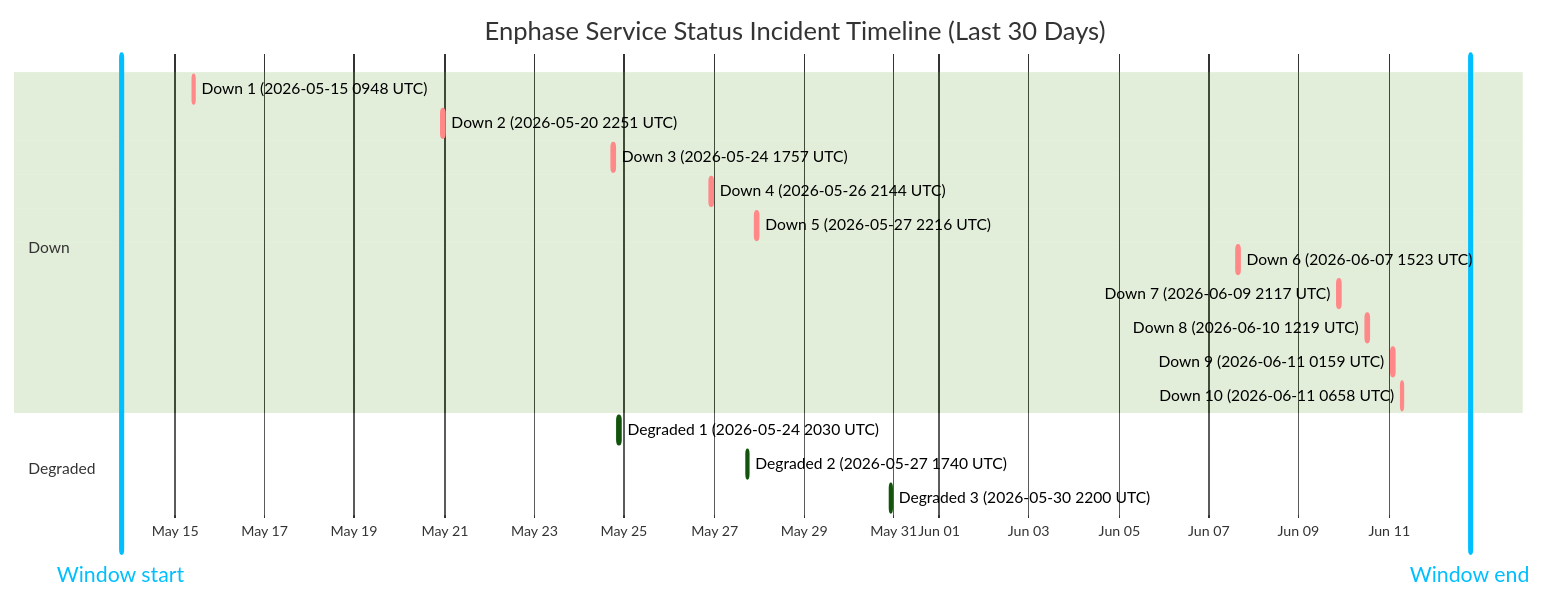
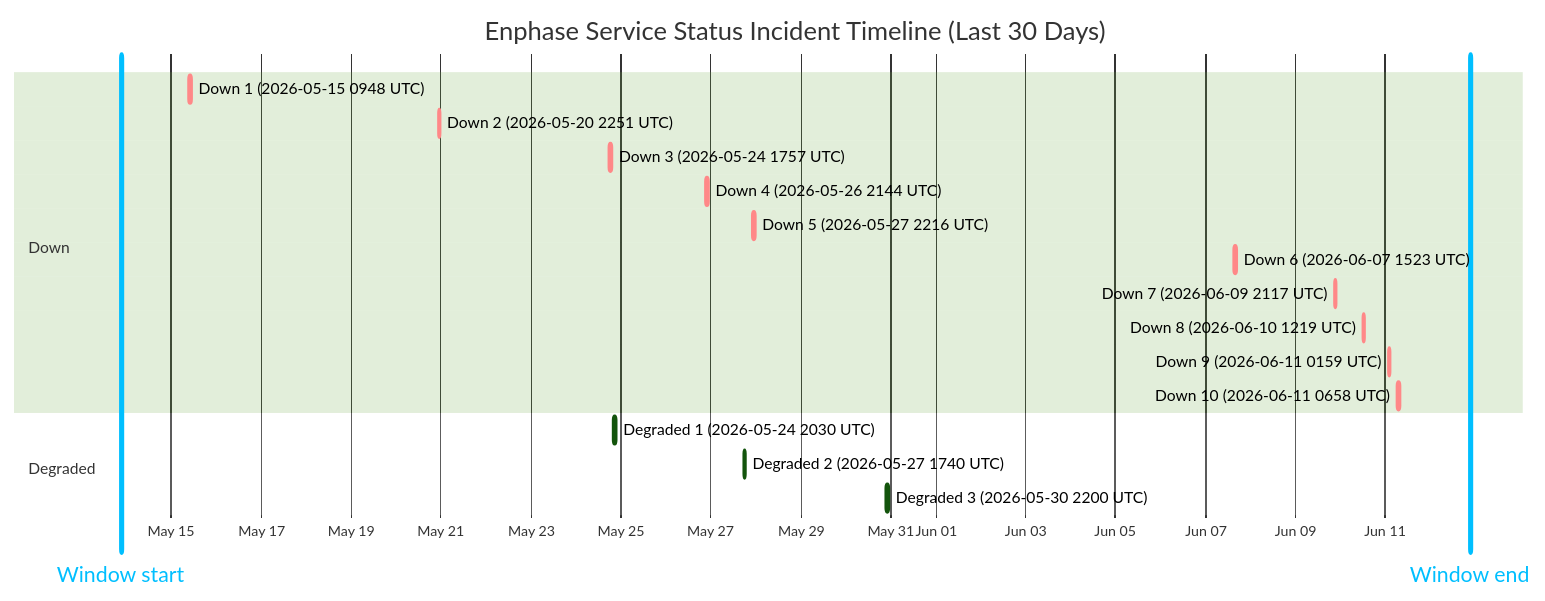
The diagram in wiki/Service-Status-History.md (barneyonline/ha-enphase-energy), drawn with Mermaid (forest theme) before and after one commit. The commit also changed other lines of this file and 3 other files, not shown here.

````diff
--- a/wiki/Service-Status-History.md
+++ b/wiki/Service-Status-History.md
@@ -14,23 +14,23 @@
 ```mermaid
 gantt
     title Enphase Service Status Incident Timeline (Last 30 Days)
     dateFormat  YYYY-MM-DDTHH:mm:ss
     axisFormat  %b %d
-    Window start :vert, window-start, 2026-05-13T19:29:03, 0ms
-    Window end :vert, window-end, 2026-06-12T19:29:03, 0ms
+    Window start :vert, window-start, 2026-05-13T21:15:35, 0ms
+    Window end :vert, window-end, 2026-06-12T21:15:35, 0ms
     section Down
     Down 1 (2026-05-15 0948 UTC) :crit, down-1, 2026-05-15T09:48:18, 60m
     Down 2 (2026-05-20 2251 UTC) :crit, down-2, 2026-05-20T22:51:14, 75m
     Down 3 (2026-05-24 1757 UTC) :crit, down-3, 2026-05-24T17:57:41, 86m
     Down 4 (2026-05-26 2144 UTC) :crit, down-4, 2026-05-26T21:44:11, 85m
     Down 5 (2026-05-27 2216 UTC) :crit, down-5, 2026-05-27T22:16:53, 87m
     Down 6 (2026-06-07 1523 UTC) :crit, down-6, 2026-06-07T15:23:22, 87m
     Down 7 (2026-06-09 2117 UTC) :crit, down-7, 2026-06-09T21:17:17, 60m
     Down 8 (2026-06-10 1219 UTC) :crit, down-8, 2026-06-10T12:19:21, 60m
     Down 9 (2026-06-11 0159 UTC) :crit, down-9, 2026-06-11T01:59:36, 60m
     Down 10 (2026-06-11 0658 UTC) :crit, down-10, 2026-06-11T06:58:45, 60m
     section Degraded
     Degraded 1 (2026-05-24 2030 UTC) :active, degraded-1, 2026-05-24T20:30:57, 84m
     Degraded 2 (2026-05-27 1740 UTC) :active, degraded-2, 2026-05-27T17:40:52, 60m
     Degraded 3 (2026-05-30 2200 UTC) :active, degraded-3, 2026-05-30T22:00:37, 60m
 ```
````
